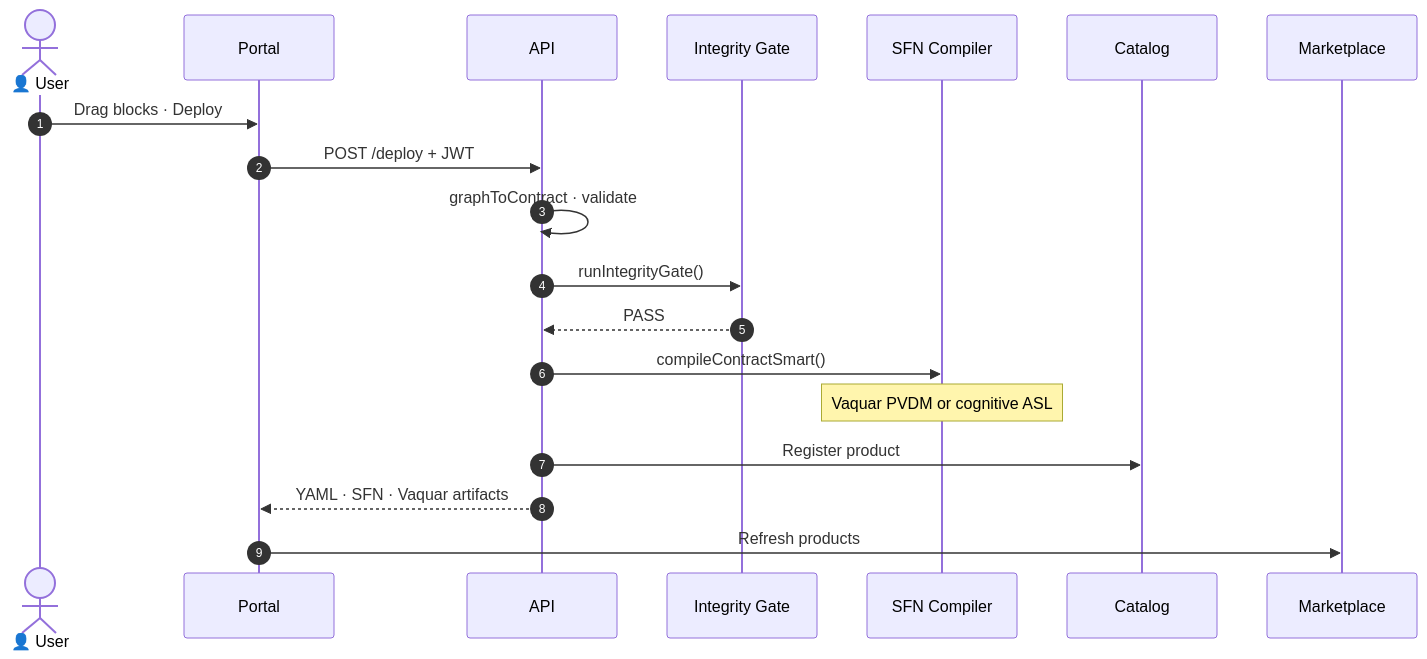
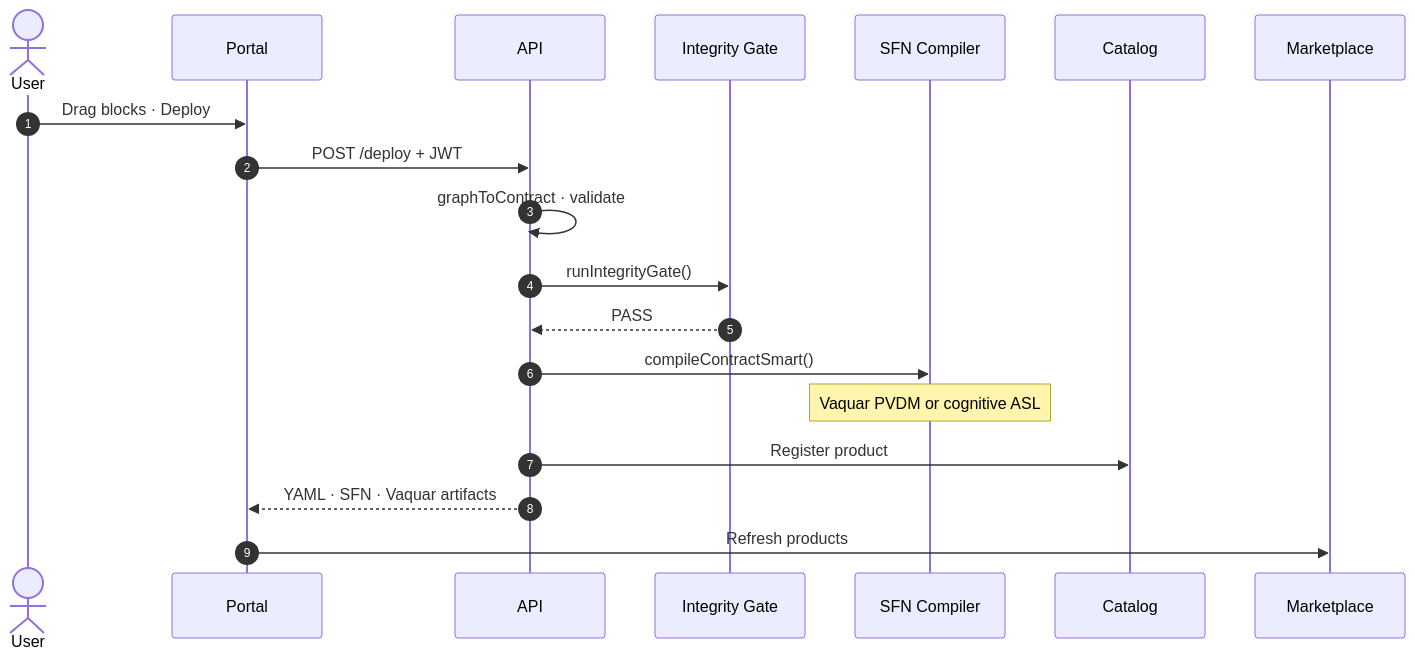
One commit to vaquarkhan/CogniMesh changed the second of 6 diagrams in README.md. Above: the diagram before and after it, drawn with Mermaid. The commit also changed other lines of this file and 48 other files, not shown here.

````diff
--- a/README.md
+++ b/README.md
@@ -393,22 +393,22 @@
 ```mermaid
 sequenceDiagram
     autonumber
-    actor User as 👤 User
+    actor User as User
     participant Portal as Portal
     participant API as API
     participant Gate as Integrity Gate
     participant SFN as SFN Compiler
     participant Cat as Catalog
     participant Mkt as Marketplace
 
     User->>Portal: Drag blocks · Deploy
     Portal->>API: POST /deploy + JWT
     API->>API: graphToContract · validate
     API->>Gate: runIntegrityGate()
     Gate-->>API: PASS
     API->>SFN: compileContractSmart()
   Note over SFN: Vaquar PVDM or cognitive ASL
     API->>Cat: Register product
     API-->>Portal: YAML · SFN · Vaquar artifacts
     Portal->>Mkt: Refresh products
 ```
````
